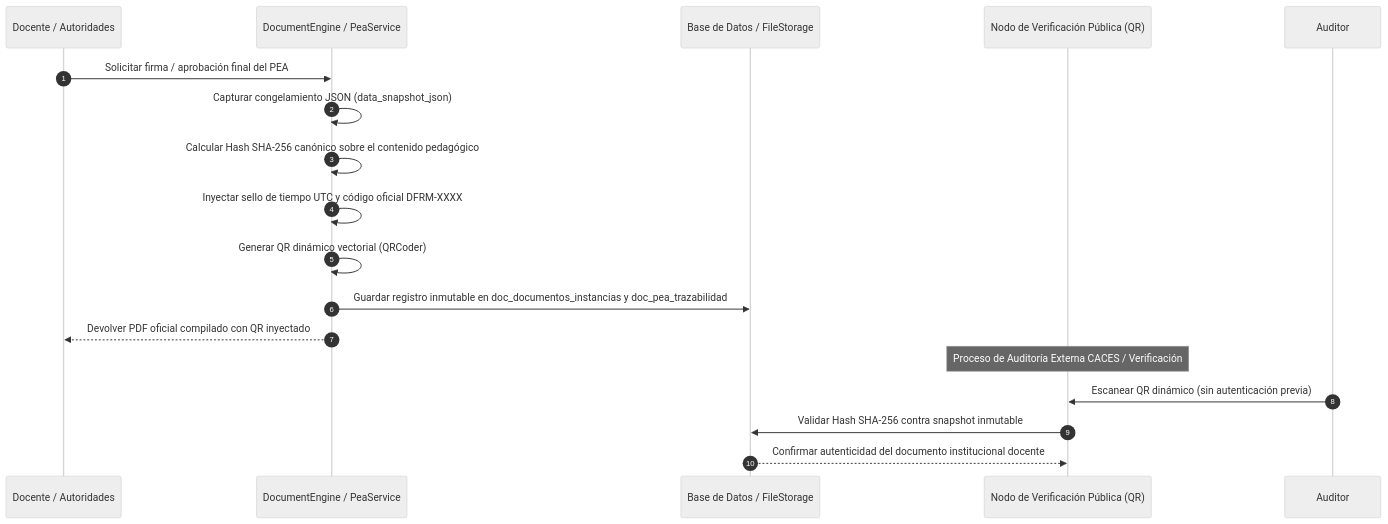
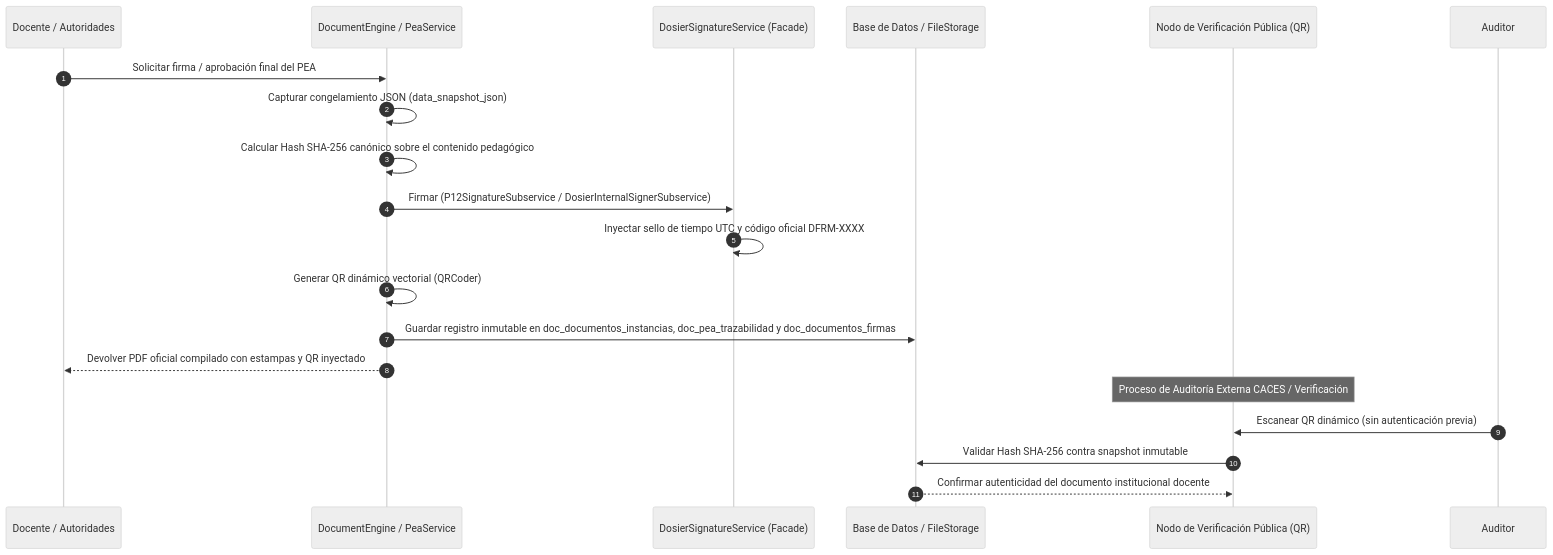
One commit to JorgeDoicela/dosier changed the third of 5 diagrams in docs/documentacion/01-arquitectura/02-micro-arquitecturas-patrones.md. Above: the diagram before and after it, drawn with Mermaid (neutral theme). The commit also changed other lines of this file and 35 other files, not shown here.

````diff
--- a/docs/documentacion/01-arquitectura/02-micro-arquitecturas-patrones.md
+++ b/docs/documentacion/01-arquitectura/02-micro-arquitecturas-patrones.md
@@ -85,21 +85,23 @@
 ```mermaid
 sequenceDiagram
     autonumber
     participant Docente as Docente / Autoridades
     participant Engine as DocumentEngine / PeaService
+    participant SigFacade as DosierSignatureService (Facade)
     participant Storage as Base de Datos / FileStorage
     participant PublicNode as Nodo de Verificación Pública (QR)
 
     Docente->>Engine: Solicitar firma / aprobación final del PEA
     Engine->>Engine: Capturar congelamiento JSON (data_snapshot_json)
     Engine->>Engine: Calcular Hash SHA-256 canónico sobre el contenido pedagógico
-    Engine->>Engine: Inyectar sello de tiempo UTC y código oficial DFRM-XXXX
+    Engine->>SigFacade: Firmar (P12SignatureSubservice / DosierInternalSignerSubservice)
+    SigFacade->>SigFacade: Inyectar sello de tiempo UTC y código oficial DFRM-XXXX
     Engine->>Engine: Generar QR dinámico vectorial (QRCoder)
-    Engine->>Storage: Guardar registro inmutable en doc_documentos_instancias y doc_pea_trazabilidad
-    Engine-->>Docente: Devolver PDF oficial compilado con QR inyectado
+    Engine->>Storage: Guardar registro inmutable en doc_documentos_instancias, doc_pea_trazabilidad y doc_documentos_firmas
+    Engine-->>Docente: Devolver PDF oficial compilado con estampas y QR inyectado
 
     Note over PublicNode: Proceso de Auditoría Externa CACES / Verificación
     Auditor->>PublicNode: Escanear QR dinámico (sin autenticación previa)
     PublicNode->>Storage: Validar Hash SHA-256 contra snapshot inmutable
     Storage-->>PublicNode: Confirmar autenticidad del documento institucional docente
 ```
````
